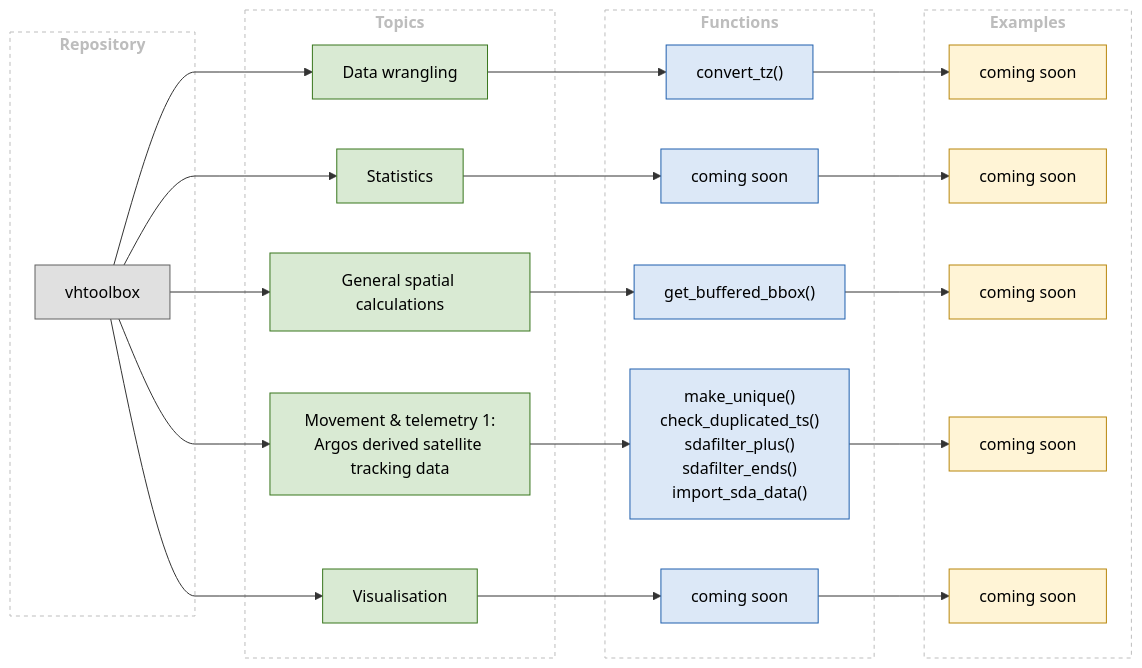
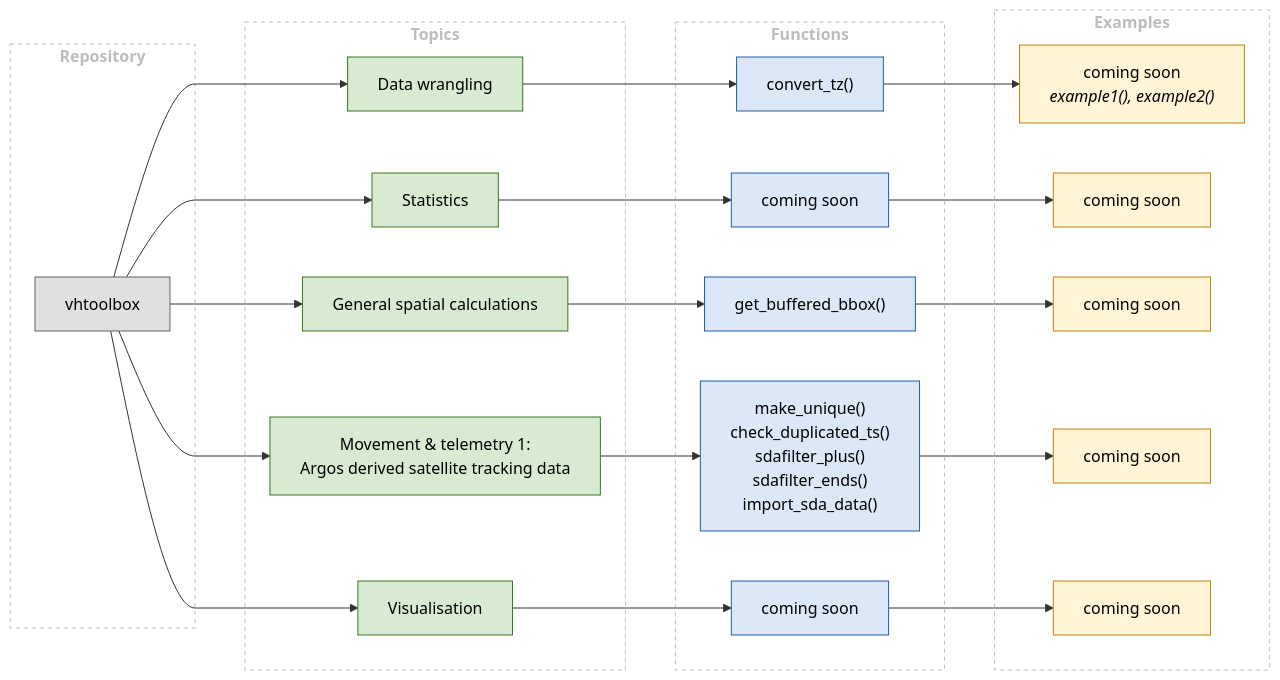
One commit to vheim/vhtoolbox changed the diagram in README.md. Above: the diagram before and after it, drawn with Mermaid. The commit also changed 1 other file, not shown here.

Commit message:
mermaid aesthetics and update version

````diff
--- a/README.md
+++ b/README.md
@@ -25,50 +25,58 @@
 ```mermaid
-%%{init: {"flowchart": {"curve": "monotoneX"}}}%%
+---
+config:
+  theme: default
+  look: classic
+  layout: dagre
+  flowchart:
+    curve: monotoneX
+    wrappingWidth: 400
+---
 flowchart LR
-  subgraph L1["<b>Repository</b>"]
+  subgraph L1["`**Repository**`"]
     R["vhtoolbox"]
   end
-  subgraph L2["<b>Topics</b>"]
+  subgraph L2["`**Topics**`"]
     T1["Data wrangling"]
     T2["Statistics"]
     T3["General spatial calculations"]
     T4["Movement & telemetry 1:<br/>Argos derived satellite tracking data"]
     T5["Visualisation"]
   end
-  subgraph L3["<b>Functions</b>"]
+  subgraph L3["`**Functions**`"]
     F1["convert_tz()"]
     F2["coming soon"]
     F3["get_buffered_bbox()"]
     F4["make_unique()<br/>check_duplicated_ts()<br/>sdafilter_plus()<br/>sdafilter_ends()<br/>import_sda_data()"]
     F5["coming soon"]
   end
-  subgraph L4["<b>Examples</b>"]
-    E1["coming soon"]
+  subgraph L4["`**Examples**`"]
+    E1["coming soon<br/><i>example1(), example2()</i>"]
     E2["coming soon"]
     E3["coming soon"]
     E4["coming soon"]
     E5["coming soon"]
   end
 
   R --> T1 & T2 & T3 & T4 & T5
   T1 --> F1 --> E1
   T2 --> F2 --> E2
   T3 --> F3 --> E3
   T4 --> F4 --> E4
   T5 --> F5 --> E5
 
   %% One example box per topic: replace "coming soon" with the example name(s),
   %% each followed by the functions it uses in italics, e.g.
   %%   E4["Rexample_sdafilter_plus.R<br/><i>sdafilter_plus(), sdafilter_ends()</i>"]
 
   classDef repo     fill:#E0E0E0,stroke:#616161,color:#000;
   classDef topic    fill:#D9EAD3,stroke:#38761D,color:#000;
   classDef func     fill:#DCE8F7,stroke:#1F5FAD,color:#000;
   classDef example  fill:#FFF4D6,stroke:#B8860B,color:#000;
   classDef level    fill:none,stroke:#BDBDBD,stroke-dasharray:4 4,color:#BDBDBD;
   class R repo;
   class T1,T2,T3,T4,T5 topic;
   class F1,F2,F3,F4,F5 func;
   class E1,E2,E3,E4,E5 example;
   class L1,L2,L3,L4 level;
 ```
````
